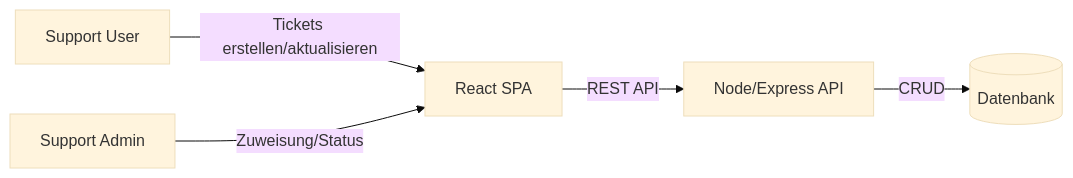
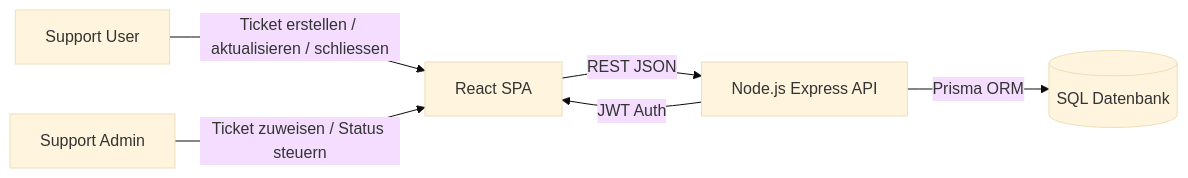
One commit to JermainIPSO/ticketing-system-weve changed the first of 3 diagrams in docs/Report.md. Above: the diagram before and after it, drawn with Mermaid (base theme). The commit also changed other lines of this file and 1 other file, not shown here.

````diff
--- a/docs/Report.md
+++ b/docs/Report.md
@@ -40,7 +124,8 @@
 ```mermaid
 flowchart LR
-  User[Support User] -->|Tickets erstellen/aktualisieren| SPA[React SPA]
-  Admin[Support Admin] -->|Zuweisung/Status| SPA
-  SPA -->|REST API| API[Node/Express API]
-  API -->|CRUD| DB[(Datenbank)]
+  User[Support User] -->|Ticket erstellen / aktualisieren / schliessen| FE[React SPA]
+  Admin[Support Admin] -->|Ticket zuweisen / Status steuern| FE
+  FE -->|REST JSON| API[Node.js Express API]
+  API -->|Prisma ORM| DB[(SQL Datenbank)]
+  API -->|JWT Auth| FE
 ```
````
